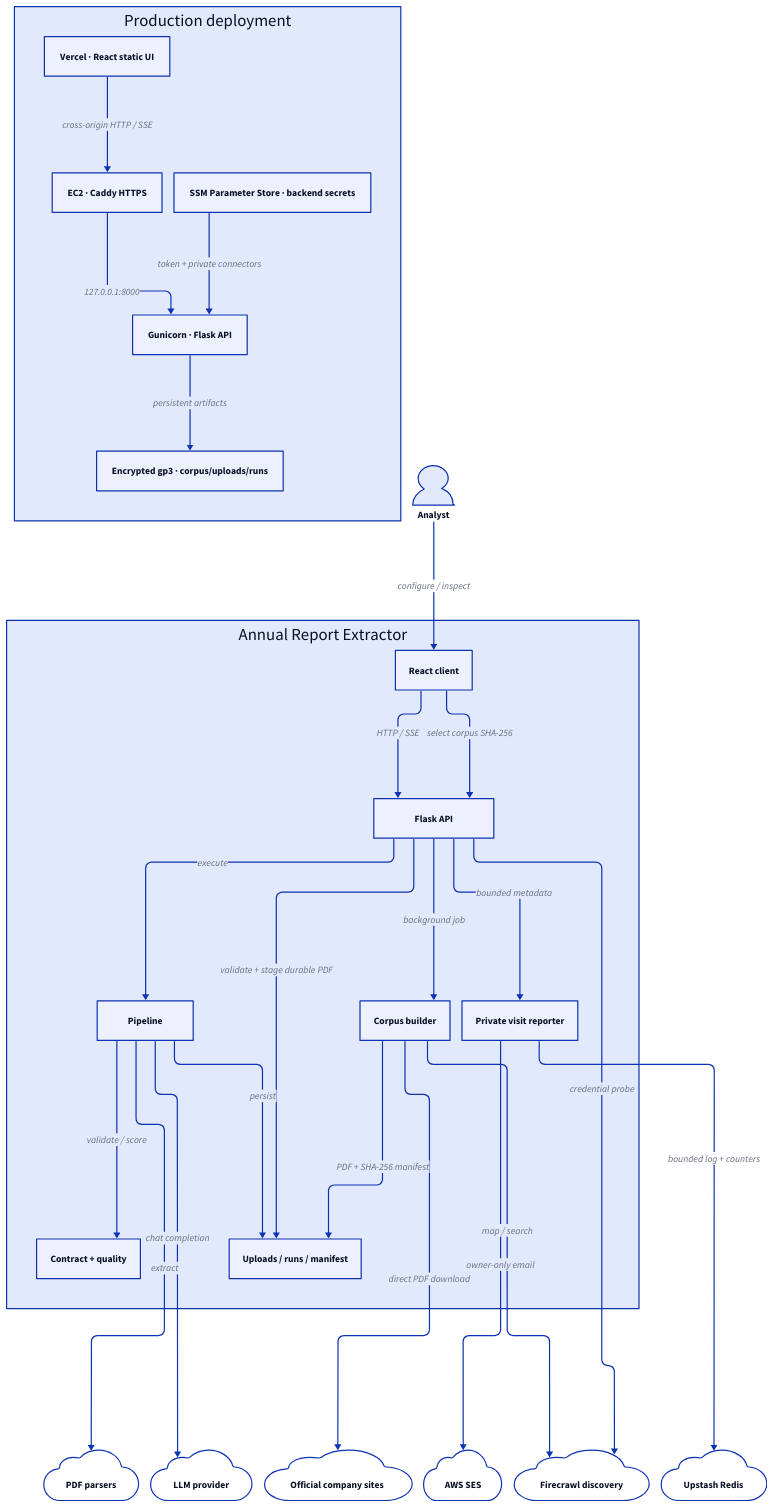
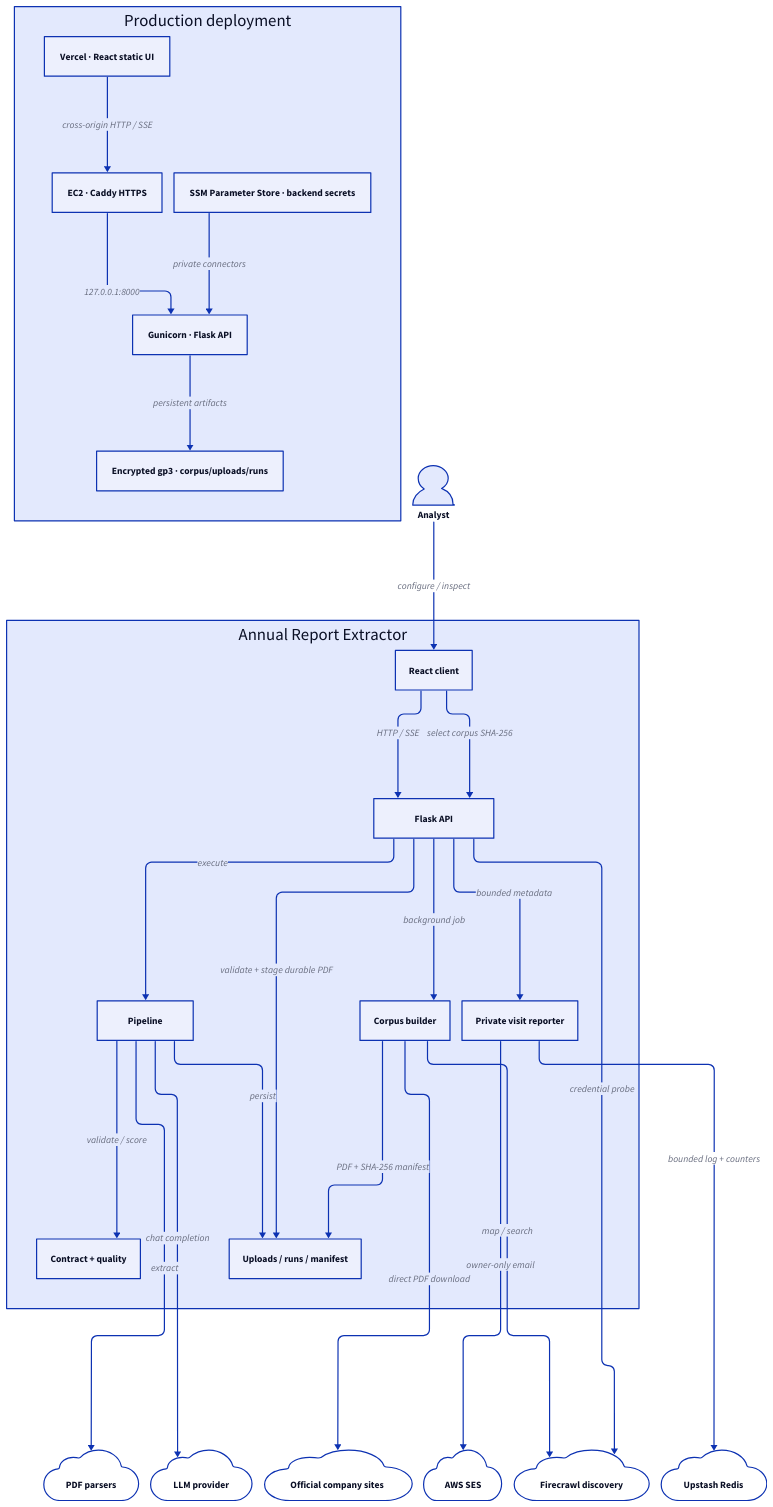
The diagram in agent/graph/architecture.d2 (MohamedFuad16/ledger-financial-report-system), drawn with D2 before and after one commit. The commit also changed 26 other files, not shown here.

```diff
--- a/agent/graph/architecture.d2
+++ b/agent/graph/architecture.d2
@@ -1,59 +1,59 @@
 vars: {
   d2-config: {
     layout-engine: elk
     pad: 40
     center: true
   }
 }
 direction: down
 
 user: "Analyst" {shape: person}
 
 app: "Annual Report Extractor" {
   client: "React client"
   api: "Flask API"
   pipeline: "Pipeline"
   quality: "Contract + quality"
   corpus: "Corpus builder"
   traffic: "Private visit reporter"
   storage: "Uploads / runs / manifest"
 
   client -> api: "HTTP / SSE"
   client -> api: "select corpus SHA-256"
   api -> pipeline: "execute"
   api -> storage: "validate + stage durable PDF"
   api -> corpus: "background job"
   api -> traffic: "bounded metadata"
   pipeline -> quality: "validate / score"
   pipeline -> storage: "persist"
   corpus -> storage: "PDF + SHA-256 manifest"
 }
 
 parsers: "PDF parsers" {shape: cloud}
 llm: "LLM provider" {shape: cloud}
 firecrawl: "Firecrawl discovery" {shape: cloud}
 official: "Official company sites" {shape: cloud}
 upstash: "Upstash Redis" {shape: cloud}
 ses: "AWS SES" {shape: cloud}
 
 user -> app.client: "configure / inspect"
 app.pipeline -> parsers: "extract"
 app.pipeline -> llm: "chat completion"
 app.corpus -> firecrawl: "map / search"
 app.api -> firecrawl: "credential probe"
 app.corpus -> official: "direct PDF download"
 app.traffic -> upstash: "bounded log + counters"
 app.traffic -> ses: "owner-only email"
 
 deployment: "Production deployment" {
   vercel: "Vercel · React static UI"
   caddy: "EC2 · Caddy HTTPS"
   gunicorn: "Gunicorn · Flask API"
   disk: "Encrypted gp3 · corpus/uploads/runs"
   parameter: "SSM Parameter Store · backend secrets"
 
   vercel -> caddy: "cross-origin HTTP / SSE"
   caddy -> gunicorn: "127.0.0.1:8000"
   gunicorn -> disk: "persistent artifacts"
-  parameter -> gunicorn: "token + private connectors"
+  parameter -> gunicorn: "private connectors"
 }
```
